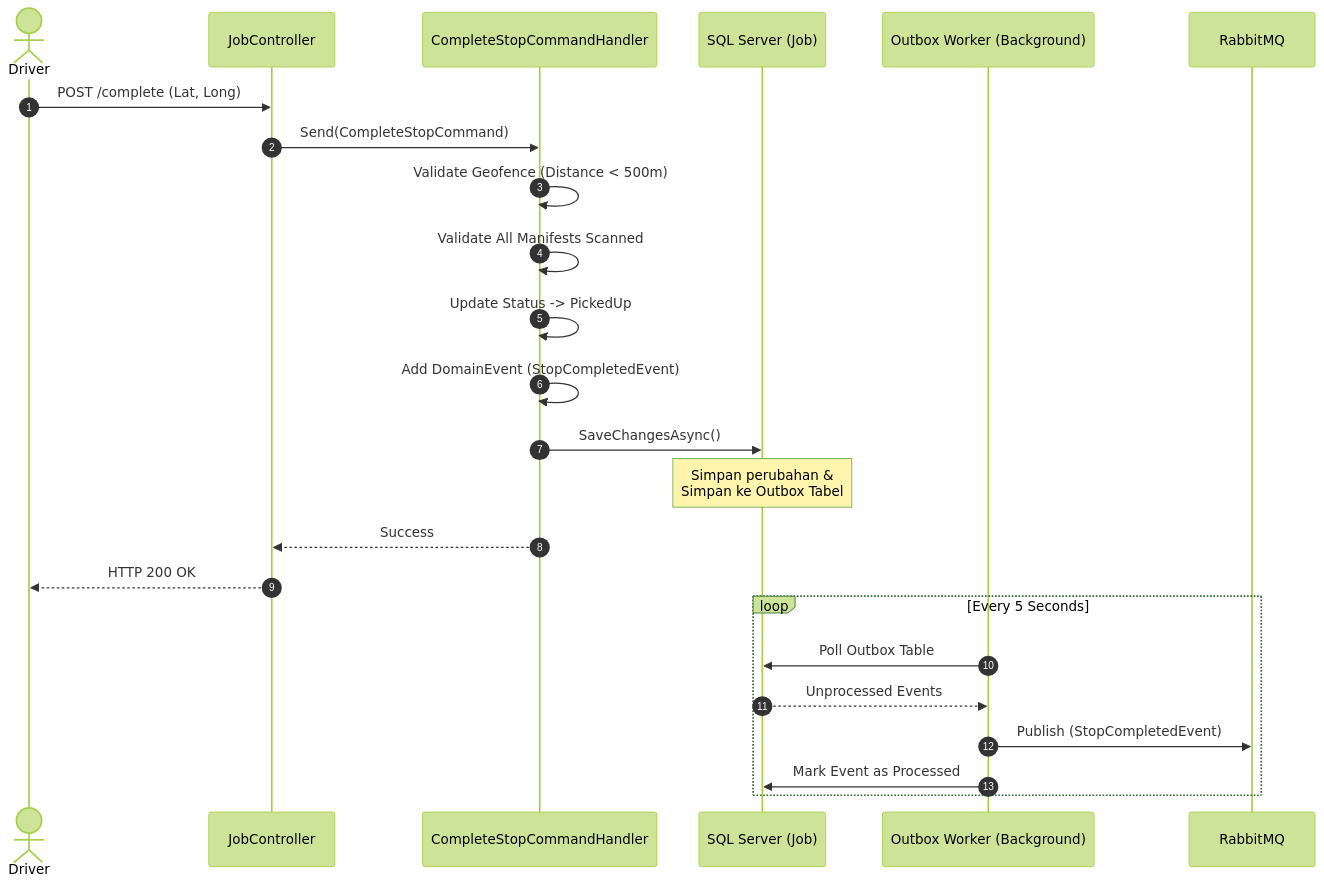
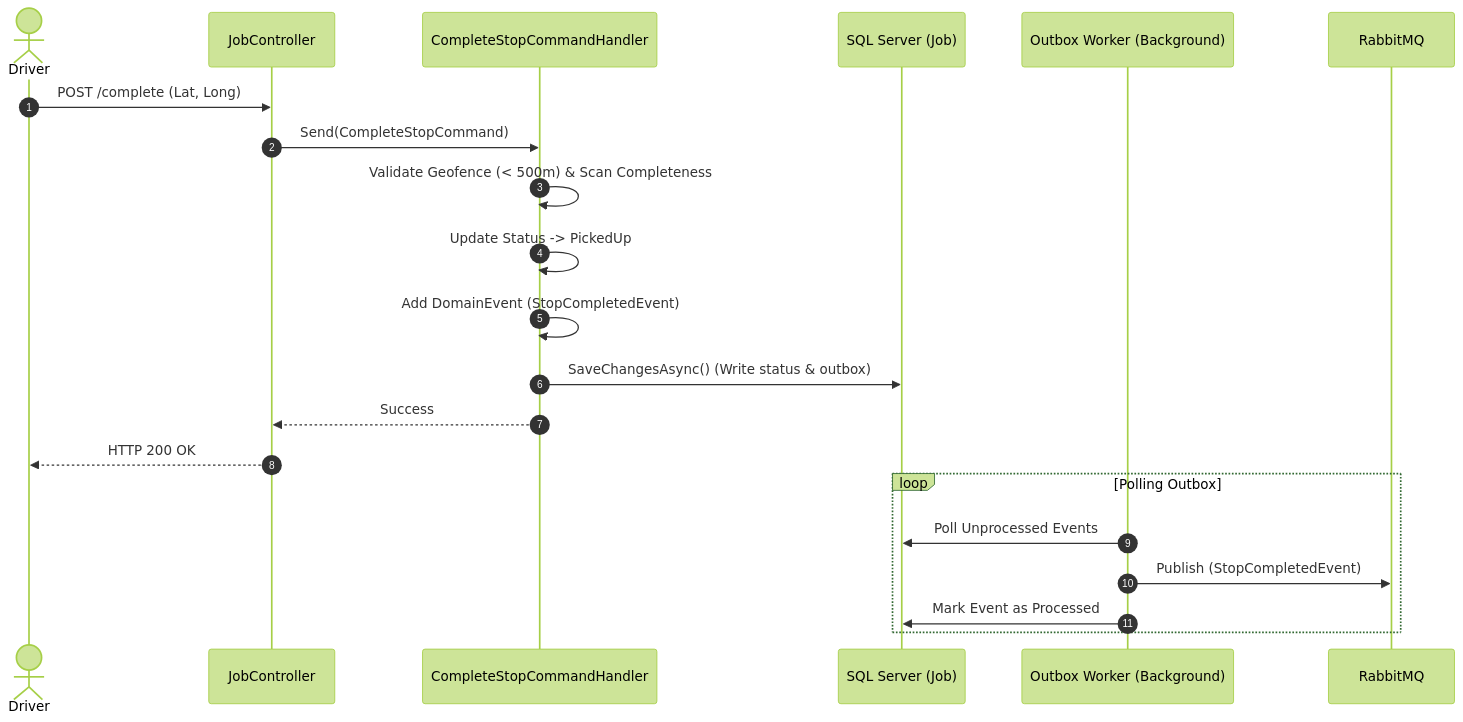
One commit to odealidj/minione-edcl-net changed the sixth of 8 diagrams in docs/architecture/api-sequence-diagrams.md. Above: the diagram before and after it, drawn with Mermaid (forest theme). The commit also changed other lines of this file and 21 other files, not shown here.

````diff
--- a/docs/architecture/api-sequence-diagrams.md
+++ b/docs/architecture/api-sequence-diagrams.md
@@ -236,32 +210,27 @@
 ```mermaid
 sequenceDiagram
     autonumber
     actor Driver
     participant Ctrl as JobController
     participant Hndl as CompleteStopCommandHandler
     participant DB as SQL Server (Job)
     participant Worker as Outbox Worker (Background)
     participant Broker as RabbitMQ
 
     Driver->>Ctrl: POST /complete (Lat, Long)
     Ctrl->>Hndl: Send(CompleteStopCommand)
     
-    Hndl->>Hndl: Validate Geofence (Distance < 500m)
-    Hndl->>Hndl: Validate All Manifests Scanned
+    Hndl->>Hndl: Validate Geofence (< 500m) & Scan Completeness
     Hndl->>Hndl: Update Status -> PickedUp
-    
     Hndl->>Hndl: Add DomainEvent (StopCompletedEvent)
-    Hndl->>DB: SaveChangesAsync()
-    Note over DB: Simpan perubahan & <br/>Simpan ke Outbox Tabel
+    Hndl->>DB: SaveChangesAsync() (Write status & outbox)
     
     Hndl-->>Ctrl: Success
     Ctrl-->>Driver: HTTP 200 OK
     
-    %% Asynchronous Processing
-    loop Every 5 Seconds
-        Worker->>DB: Poll Outbox Table
-        DB-->>Worker: Unprocessed Events
+    loop Polling Outbox
+        Worker->>DB: Poll Unprocessed Events
         Worker->>Broker: Publish (StopCompletedEvent)
         Worker->>DB: Mark Event as Processed
     end
 ```
````
